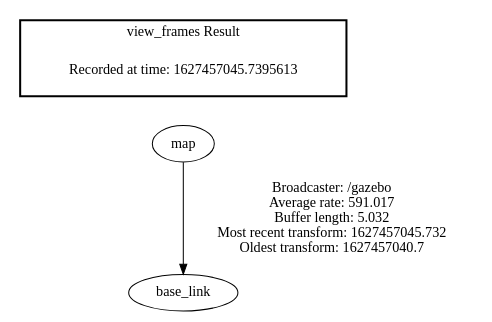
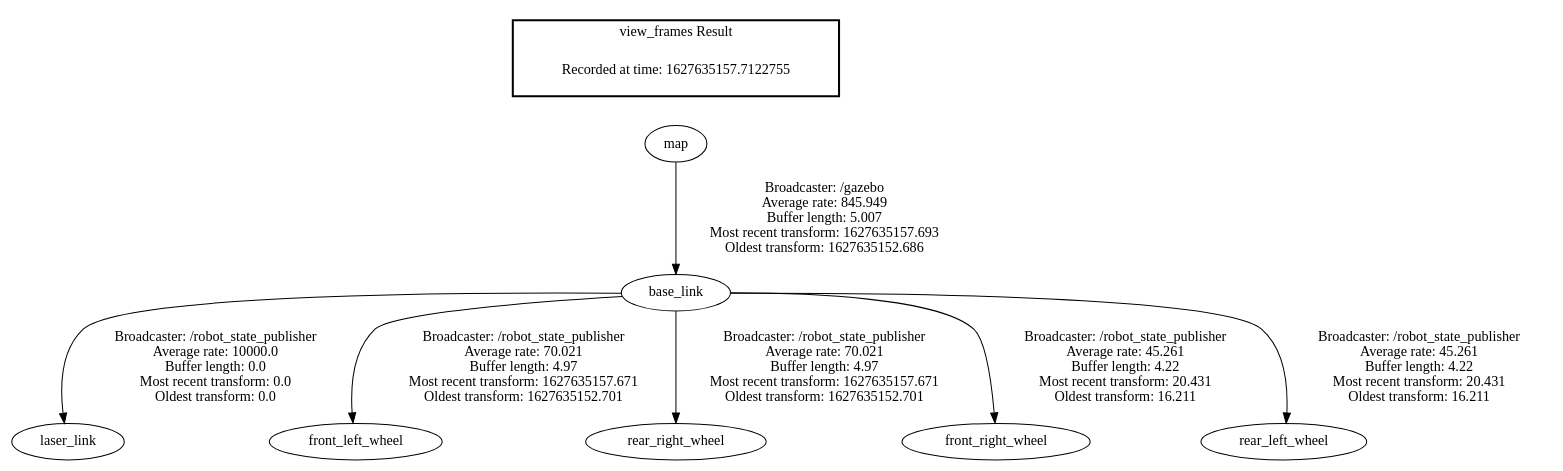
The diagram in src/agv_gazebo/frames.gv (lyleokoth/oryks-warehouse), drawn with Graphviz before and after one commit. The commit also changed 17 other files, not shown here.

```diff
--- a/src/agv_gazebo/frames.gv
+++ b/src/agv_gazebo/frames.gv
@@ -1,7 +1,12 @@
 digraph G {
-"map" -> "base_link"[label=" Broadcaster: /gazebo\nAverage rate: 591.017\nBuffer length: 5.032\nMost recent transform: 1627457045.732\nOldest transform: 1627457040.7\n"];
+"base_link" -> "laser_link"[label=" Broadcaster: /robot_state_publisher\nAverage rate: 10000.0\nBuffer length: 0.0\nMost recent transform: 0.0\nOldest transform: 0.0\n"];
+"map" -> "base_link"[label=" Broadcaster: /gazebo\nAverage rate: 845.949\nBuffer length: 5.007\nMost recent transform: 1627635157.693\nOldest transform: 1627635152.686\n"];
+"base_link" -> "front_left_wheel"[label=" Broadcaster: /robot_state_publisher\nAverage rate: 70.021\nBuffer length: 4.97\nMost recent transform: 1627635157.671\nOldest transform: 1627635152.701\n"];
+"base_link" -> "rear_right_wheel"[label=" Broadcaster: /robot_state_publisher\nAverage rate: 70.021\nBuffer length: 4.97\nMost recent transform: 1627635157.671\nOldest transform: 1627635152.701\n"];
+"base_link" -> "front_right_wheel"[label=" Broadcaster: /robot_state_publisher\nAverage rate: 45.261\nBuffer length: 4.22\nMost recent transform: 20.431\nOldest transform: 16.211\n"];
+"base_link" -> "rear_left_wheel"[label=" Broadcaster: /robot_state_publisher\nAverage rate: 45.261\nBuffer length: 4.22\nMost recent transform: 20.431\nOldest transform: 16.211\n"];
 edge [style=invis];
  subgraph cluster_legend { style=bold; color=black; label ="view_frames Result";
-"Recorded at time: 1627457045.7395613"[ shape=plaintext ] ;
+"Recorded at time: 1627635157.7122755"[ shape=plaintext ] ;
 }->"map";
 }
```
